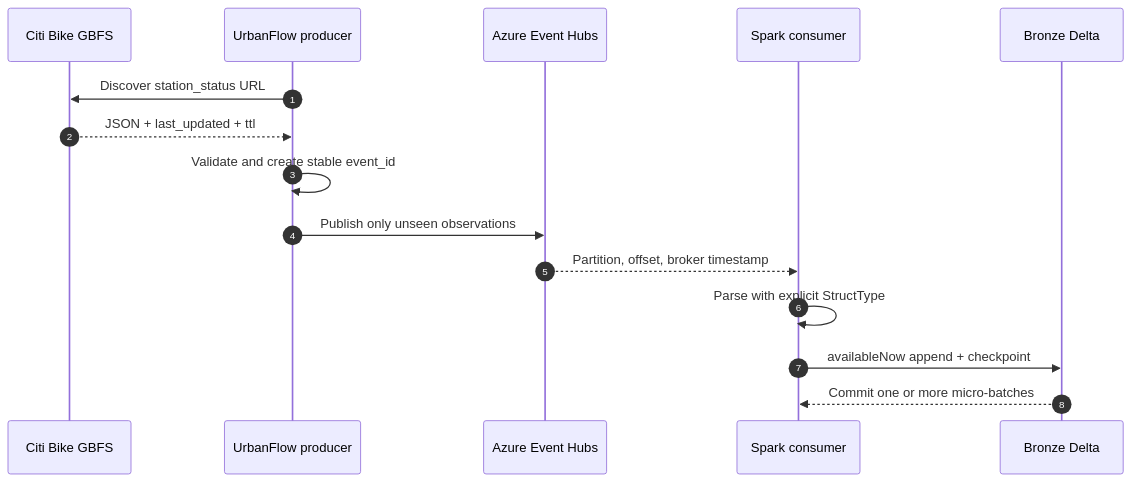
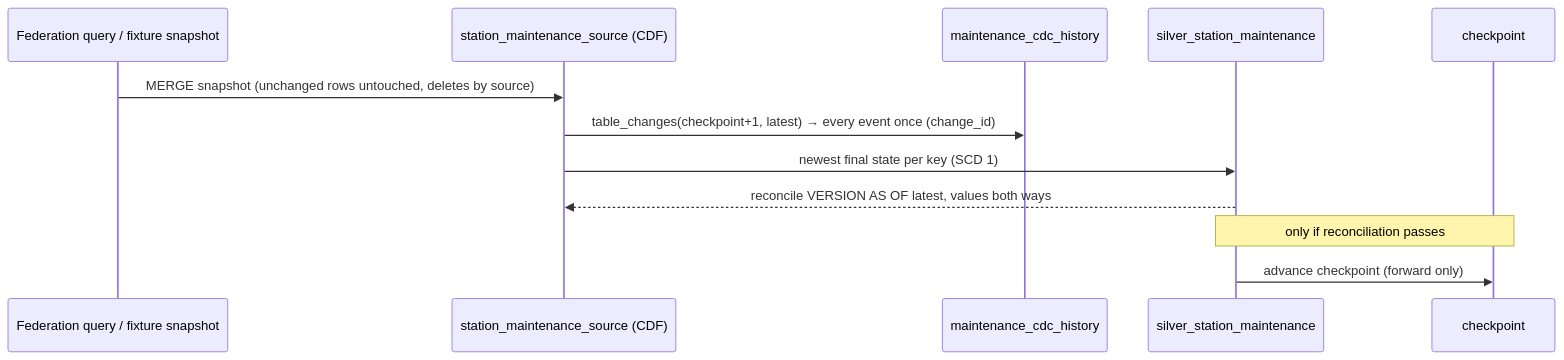
The third of 5 diagrams in final_project/README.md (BadalovP/Databricks-Academy-Lakehouse), drawn with Mermaid before and after one commit. The commit also changed other lines of this file and 29 other files, not shown here.

````diff
--- a/final_project/README.md
+++ b/final_project/README.md
@@ -128,17 +98,14 @@
 ```mermaid
 sequenceDiagram
-    autonumber
-    participant API as Citi Bike GBFS
-    participant P as UrbanFlow producer
-    participant EH as Azure Event Hubs
-    participant S as Spark consumer
-    participant D as Bronze Delta
-    P->>API: Discover station_status URL
-    API-->>P: JSON + last_updated + ttl
-    P->>P: Validate and create stable event_id
-    P->>EH: Publish only unseen observations
-    EH-->>S: Partition, offset, broker timestamp
-    S->>S: Parse with explicit StructType
-    S->>D: availableNow append + checkpoint
-    D-->>S: Commit one or more micro-batches
+  participant Src as Federation query / fixture snapshot
+  participant S as station_maintenance_source (CDF)
+  participant H as maintenance_cdc_history
+  participant T as silver_station_maintenance
+  participant K as checkpoint
+  Src->>S: MERGE snapshot (unchanged rows untouched, deletes by source)
+  S->>H: table_changes(checkpoint+1, latest) → every event once (change_id)
+  S->>T: newest final state per key (SCD 1)
+  T-->>S: reconcile VERSION AS OF latest, values both ways
+  Note over T,K: only if reconciliation passes
+  T->>K: advance checkpoint (forward only)
 ```
````
